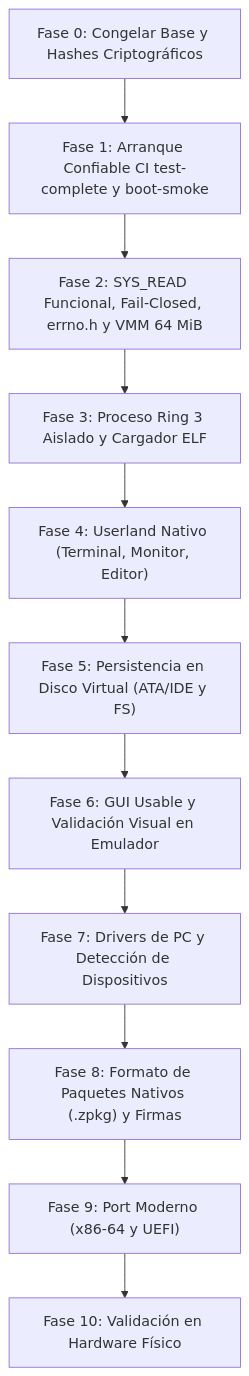
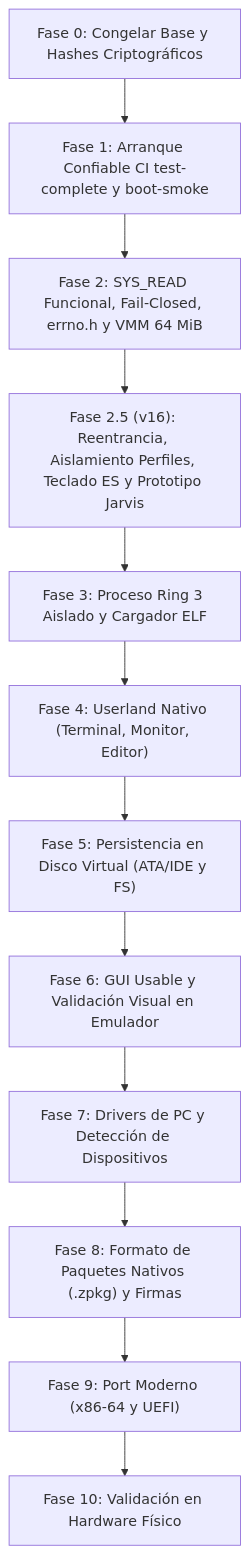
The diagram in docs/ROADMAP.md (Camila-Ianni/Zenthra), drawn with Mermaid before and after one commit. The commit also changed other lines of this file and 10 other files, not shown here.

Commit message:
fix(v16): aislamiento perfiles SYS_SET_PROFILE, buffer reentrante en pila, flags SYS_READ, teclado Shift/Caps/ES y prototipo escritorio Jarvis

````diff
--- a/docs/ROADMAP.md
+++ b/docs/ROADMAP.md
@@ -10,13 +10,14 @@
 ```mermaid
 flowchart TD
     F0["Fase 0: Congelar Base y Hashes Criptográficos"] --> F1["Fase 1: Arranque Confiable CI test-complete y boot-smoke"]
     F1 --> F2["Fase 2: SYS_READ Funcional, Fail-Closed, errno.h y VMM 64 MiB"]
-    F2 --> F3["Fase 3: Proceso Ring 3 Aislado y Cargador ELF"]
+    F2 --> F2B["Fase 2.5 (v16): Reentrancia, Aislamiento Perfiles, Teclado ES y Prototipo Jarvis"]
+    F2B --> F3["Fase 3: Proceso Ring 3 Aislado y Cargador ELF"]
     F3 --> F4["Fase 4: Userland Nativo (Terminal, Monitor, Editor)"]
     F4 --> F5["Fase 5: Persistencia en Disco Virtual (ATA/IDE y FS)"]
     F5 --> F6["Fase 6: GUI Usable y Validación Visual en Emulador"]
     F6 --> F7["Fase 7: Drivers de PC y Detección de Dispositivos"]
     F7 --> F8["Fase 8: Formato de Paquetes Nativos (.zpkg) y Firmas"]
     F8 --> F9["Fase 9: Port Moderno (x86-64 y UEFI)"]
     F9 --> F10["Fase 10: Validación en Hardware Físico"]
 ```
````
